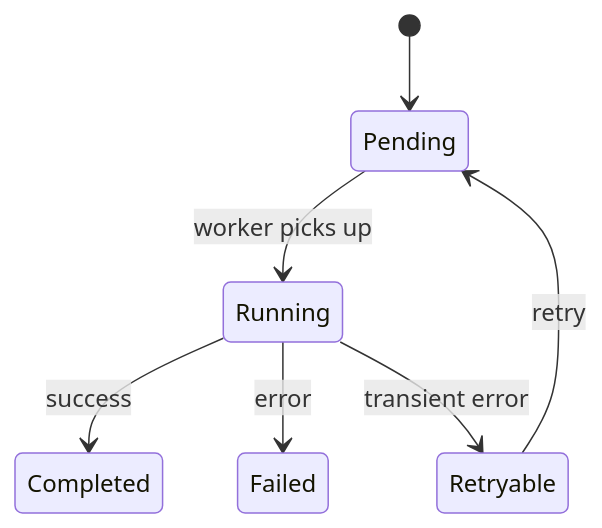
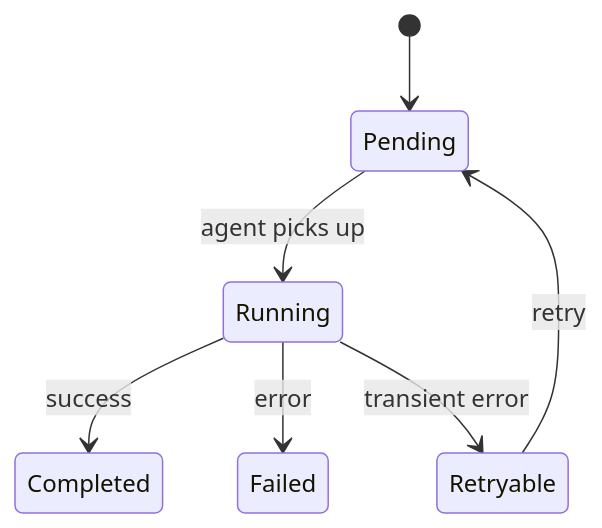
Before and after one commit to osapi-io/osapi: the second of 2 diagrams in docs/docs/sidebar/features/job-system.md, drawn with Mermaid. The commit also changed other lines of this file and 355 other files, not shown here.

````diff
--- a/docs/docs/sidebar/features/job-system.md
+++ b/docs/docs/sidebar/features/job-system.md
@@ -62,9 +62,9 @@
 ```mermaid
 stateDiagram-v2
     [*] --> Pending
-    Pending --> Running: worker picks up
+    Pending --> Running: agent picks up
     Running --> Completed: success
     Running --> Failed: error
     Running --> Retryable: transient error
     Retryable --> Pending: retry
 ```
````
